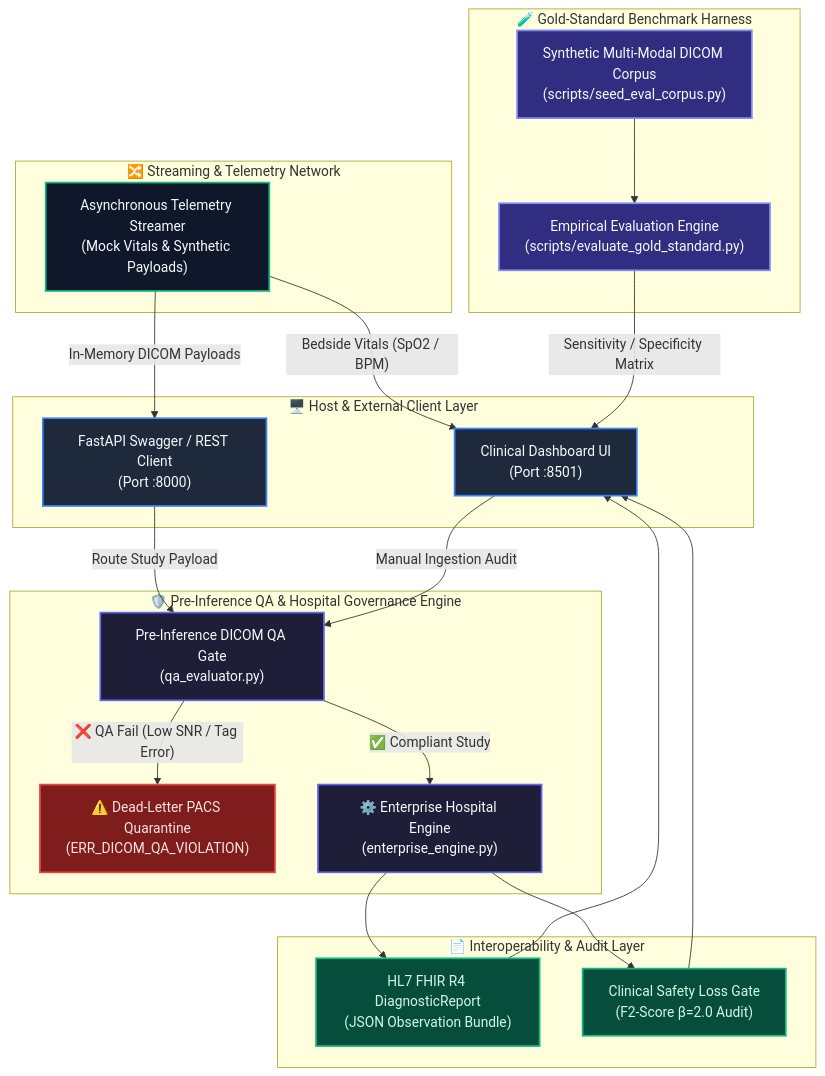
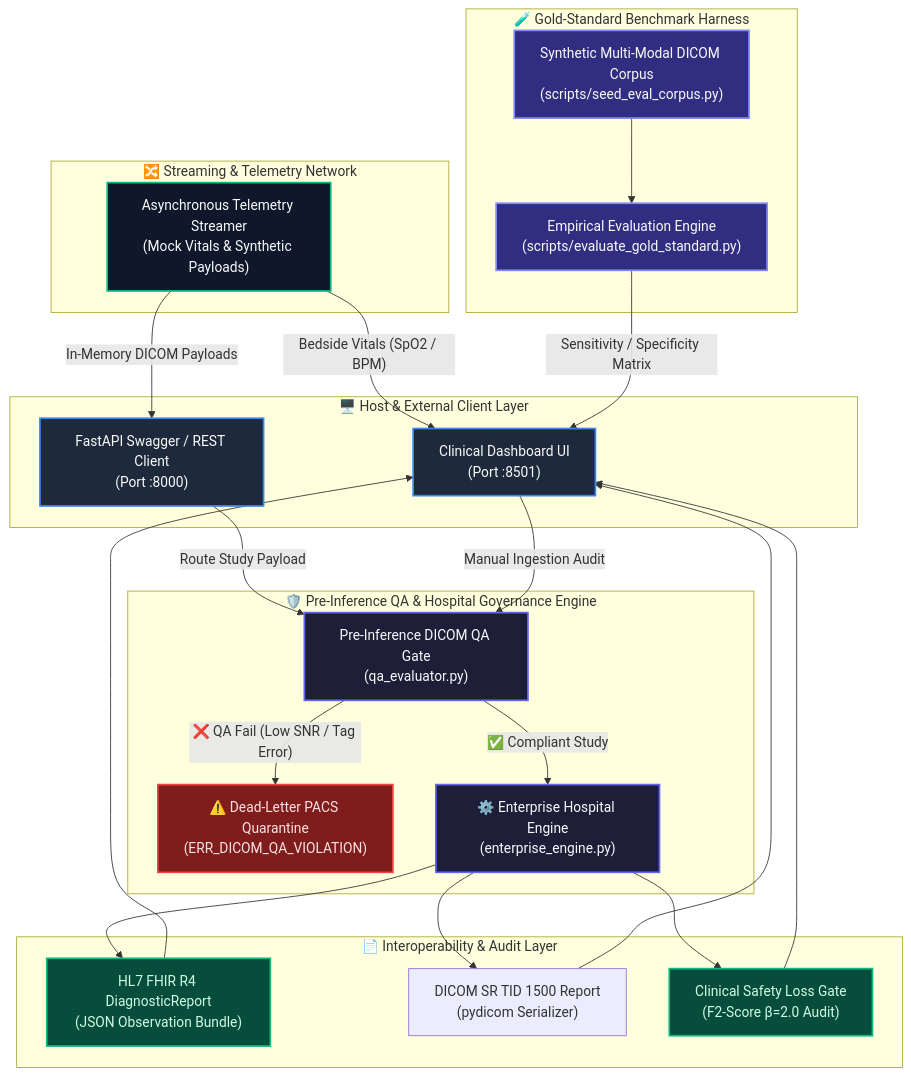
Before and after one commit to dammyoguntuyi-ui/Clinical-AI-Triage-Pipeline: the diagram in README.md, drawn with Mermaid. The commit also changed other lines of this file, not shown here.

Commit message:
docs: document TID 1500 DICOM SR serialization and architecture

````diff
--- a/README.md
+++ b/README.md
@@ -52,50 +52,53 @@
 ```mermaid
 flowchart TD
     subgraph Client["🖥️ Host & External Client Layer"]
         UI["Clinical Dashboard UI<br/>(Port :8501)"]
         API["FastAPI Swagger / REST Client<br/>(Port :8000)"]
     end
 
     subgraph Streaming["🔀 Streaming & Telemetry Network"]
         Streamer["Asynchronous Telemetry Streamer<br/>(Mock Vitals & Synthetic Payloads)"]
         Streamer -->|"Bedside Vitals (SpO2 / BPM)"| UI
         Streamer -->|"In-Memory DICOM Payloads"| API
     end
 
     subgraph Governance["🛡️ Pre-Inference QA & Hospital Governance Engine"]
         API -->|"Route Study Payload"| QAGate["Pre-Inference DICOM QA Gate<br/>(qa_evaluator.py)"]
         UI -->|"Manual Ingestion Audit"| QAGate
         
         QAGate -->|"❌ QA Fail (Low SNR / Tag Error)"| Quarantine["⚠️ Dead-Letter PACS Quarantine<br/>(ERR_DICOM_QA_VIOLATION)"]
         QAGate -->|"✅ Compliant Study"| Engine["⚙️ Enterprise Hospital Engine<br/>(enterprise_engine.py)"]
     end
 
     subgraph Validation["🧪 Gold-Standard Benchmark Harness"]
         Corpus["Synthetic Multi-Modal DICOM Corpus<br/>(scripts/seed_eval_corpus.py)"] --> Evaluator["Empirical Evaluation Engine<br/>(scripts/evaluate_gold_standard.py)"]
         Evaluator -->|"Sensitivity / Specificity Matrix"| UI
     end
 
     subgraph Dispatch["📄 Interoperability & Audit Layer"]
         FHIRReport["HL7 FHIR R4 DiagnosticReport<br/>(JSON Observation Bundle)"]
+        DICOMSR["DICOM SR TID 1500 Report<br/>(pydicom Serializer)"]
         SafetyLoss["Clinical Safety Loss Gate<br/>(F2-Score β=2.0 Audit)"]
     end
 
     Engine --> FHIRReport
+    Engine --> DICOMSR
     Engine --> SafetyLoss
     FHIRReport --> UI
+    DICOMSR --> UI
     SafetyLoss --> UI
 
     classDef client fill:#1e293b,stroke:#3b82f6,stroke-width:2px,color:#f8fafc;
     classDef streamer fill:#0f172a,stroke:#10b981,stroke-width:2px,color:#f8fafc;
     classDef governance fill:#1e1e38,stroke:#6366f1,stroke-width:2px,color:#f8fafc;
     classDef danger fill:#7f1d1d,stroke:#ef4444,stroke-width:2px,color:#fee2e2;
     classDef dispatch fill:#064e3b,stroke:#10b981,stroke-width:2px,color:#d1fae5;
     classDef validation fill:#312e81,stroke:#818cf8,stroke-width:2px,color:#f8fafc;
 
     class UI,API client;
     class Streamer streamer;
     class QAGate,Engine governance;
     class Quarantine danger;
     class FHIRReport,SafetyLoss dispatch;
     class Corpus,Evaluator validation;
 ```
````
